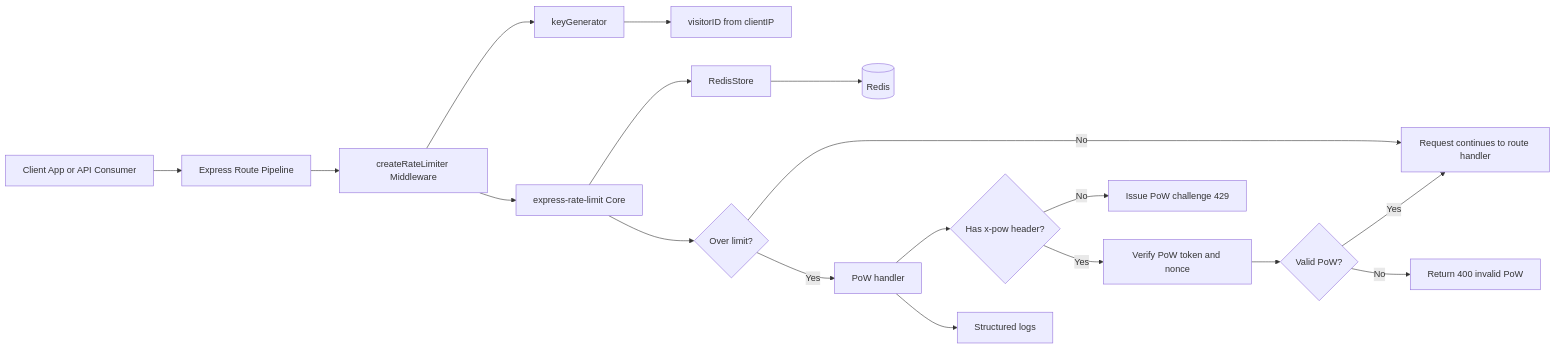
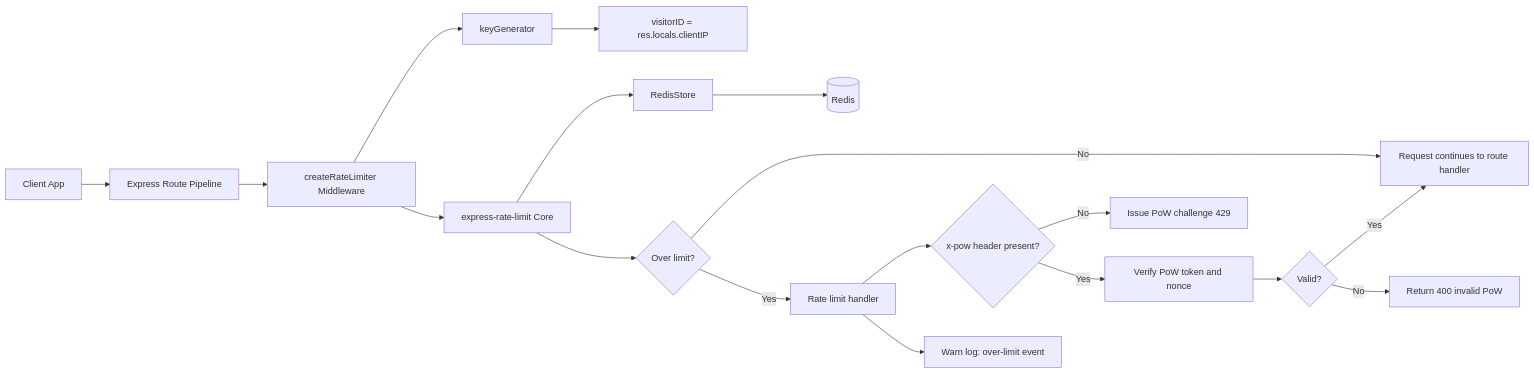
One commit to IamDevTrivedi/Trimium changed the first of 6 diagrams in docs/architecture/RATE_LIMITER_ARCHITECTURE.md. Above: the diagram before and after it, drawn with Mermaid. The commit also changed other lines of this file and 5 other files, not shown here.

````diff
--- a/docs/architecture/RATE_LIMITER_ARCHITECTURE.md
+++ b/docs/architecture/RATE_LIMITER_ARCHITECTURE.md
@@ -27,26 +18,26 @@
 ```mermaid
 flowchart LR
-    A[Client App or API Consumer] --> B[Express Route Pipeline]
+    A[Client App] --> B[Express Route Pipeline]
     B --> C[createRateLimiter Middleware]
 
     C --> D[keyGenerator]
-    D --> E[visitorID from clientIP]
+    D --> E[visitorID = res.locals.clientIP]
 
     C --> F[express-rate-limit Core]
     F --> G[RedisStore]
     G --> H[(Redis)]
 
     F --> I{Over limit?}
     I -- No --> J[Request continues to route handler]
-    I -- Yes --> K[PoW handler]
+    I -- Yes --> K[Rate limit handler]
 
-    K --> L{Has x-pow header?}
+    K --> L{x-pow header present?}
     L -- No --> M[Issue PoW challenge 429]
     L -- Yes --> N[Verify PoW token and nonce]
 
-    N --> O{Valid PoW?}
+    N --> O{Valid?}
     O -- Yes --> J
     O -- No --> P[Return 400 invalid PoW]
 
-    K --> Q[Structured logs]
+    K --> Q[Warn log: over-limit event]
 ```
````
